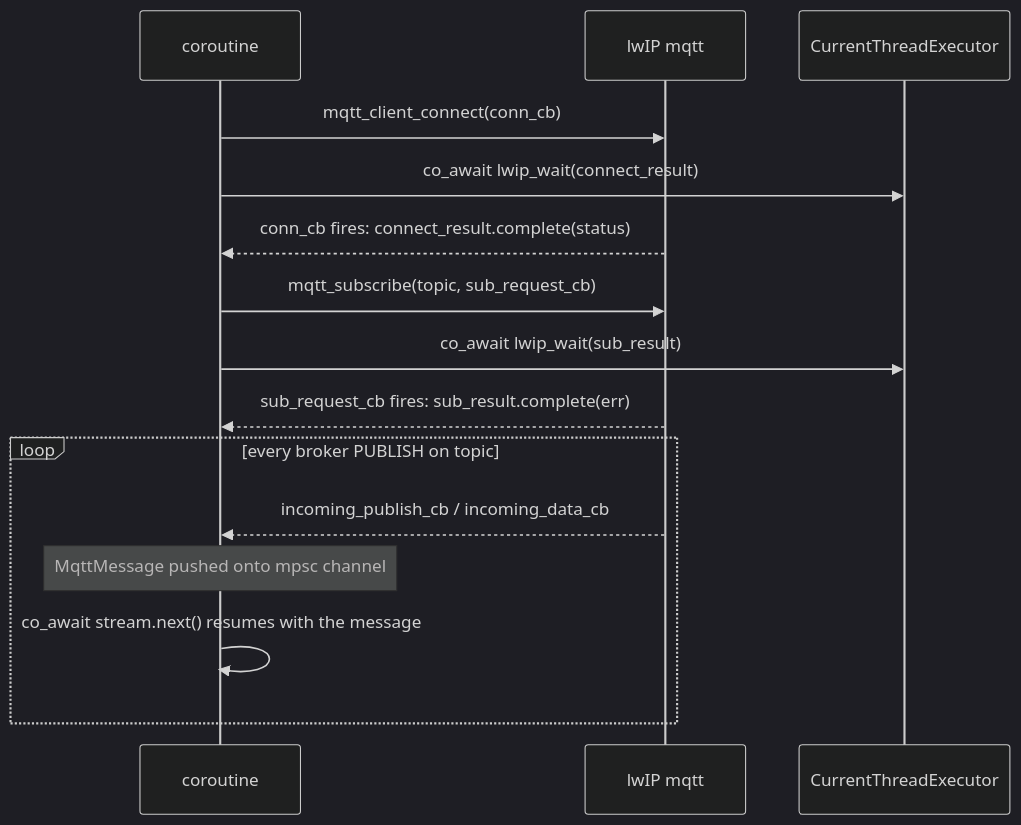
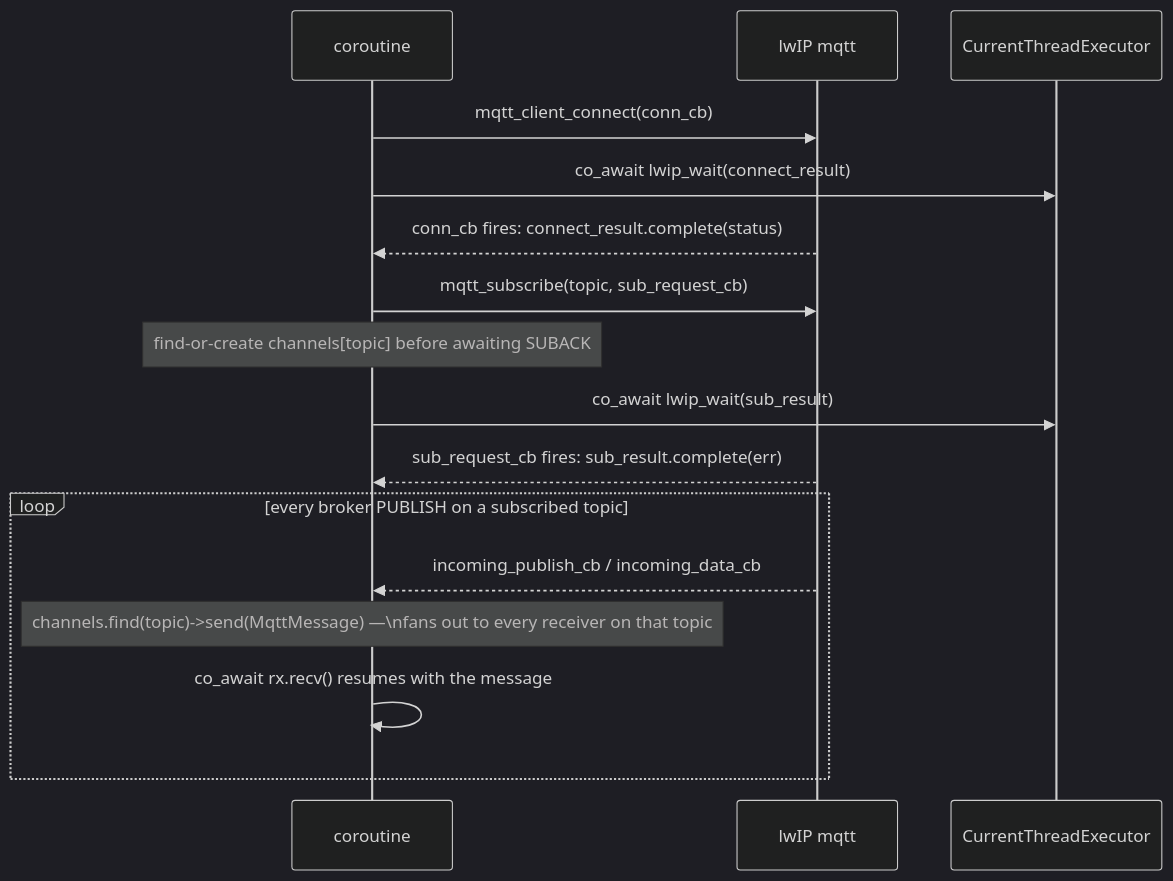
One commit to bts164/coro changed the second of 5 diagrams in doc/design/pico_port.md. Above: the diagram before and after it, drawn with Mermaid (dark theme). The commit also changed other lines of this file and 11 other files, not shown here.

````diff
--- a/doc/design/pico_port.md
+++ b/doc/design/pico_port.md
@@ -409,20 +431,21 @@
 ```mermaid
 sequenceDiagram
     participant C as coroutine
     participant M as lwIP mqtt
     participant E as CurrentThreadExecutor
 
     C->>M: mqtt_client_connect(conn_cb)
     C->>E: co_await lwip_wait(connect_result)
     M-->>C: conn_cb fires: connect_result.complete(status)
 
     C->>M: mqtt_subscribe(topic, sub_request_cb)
+    Note over C: find-or-create channels[topic] before awaiting SUBACK
     C->>E: co_await lwip_wait(sub_result)
     M-->>C: sub_request_cb fires: sub_result.complete(err)
 
-    loop every broker PUBLISH on topic
+    loop every broker PUBLISH on a subscribed topic
         M-->>C: incoming_publish_cb / incoming_data_cb
-        Note over C: MqttMessage pushed onto mpsc channel
-        C->>C: co_await stream.next() resumes with the message
+        Note over C: channels.find(topic)->send(MqttMessage) —\nfans out to every receiver on that topic
+        C->>C: co_await rx.recv() resumes with the message
     end
 ```
````
